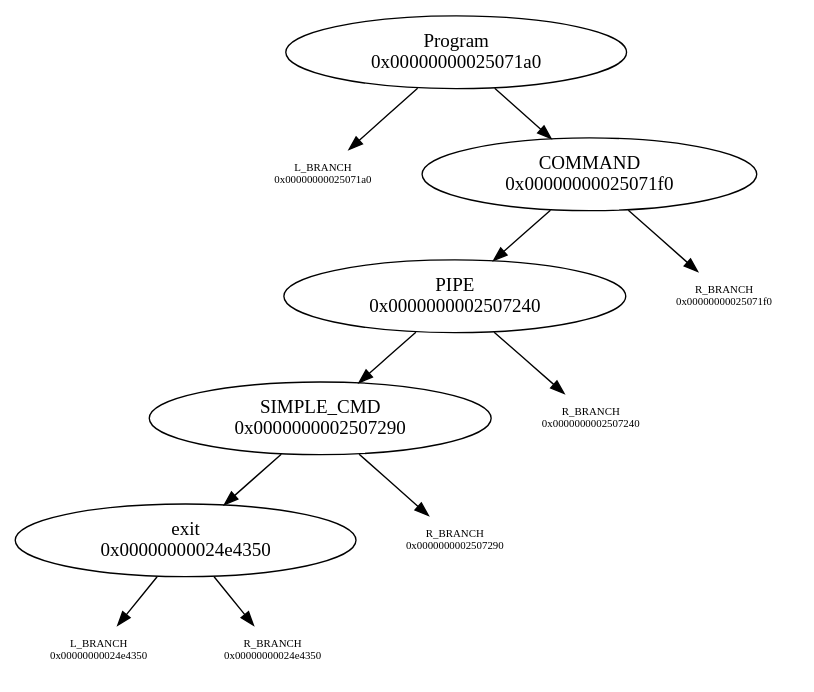
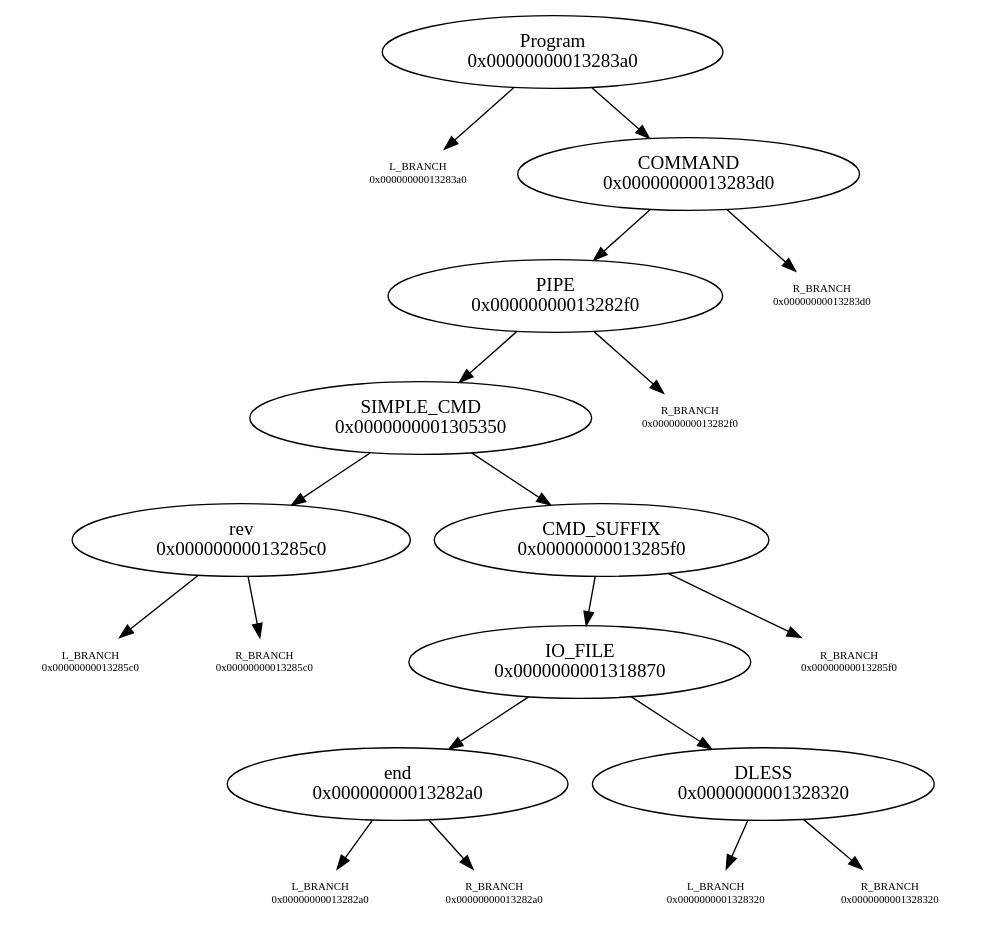
One commit to N-4-Nina/Minishell changed the diagram in graph.dot. Above: the diagram before and after it, drawn with Graphviz. The commit also changed 4 other files, not shown here.

```diff
--- a/graph.dot
+++ b/graph.dot
@@ -1,19 +1,31 @@
 digraph graphname {
-"Program\n0x00000000025071a0" -> "L_BRANCH\n0x00000000025071a0";
-"L_BRANCH\n0x00000000025071a0" [shape=none fontsize=8]
-"Program\n0x00000000025071a0" -> "COMMAND\n0x00000000025071f0";
-"COMMAND\n0x00000000025071f0" -> "PIPE\n0x0000000002507240";
-"COMMAND\n0x00000000025071f0" -> "R_BRANCH\n0x00000000025071f0";
-"R_BRANCH\n0x00000000025071f0" [shape=none fontsize=8]
-"PIPE\n0x0000000002507240" -> "SIMPLE_CMD\n0x0000000002507290";
-"PIPE\n0x0000000002507240" -> "R_BRANCH\n0x0000000002507240";
-"R_BRANCH\n0x0000000002507240" [shape=none fontsize=8]
-"SIMPLE_CMD\n0x0000000002507290" -> "exit\n0x00000000024e4350";
-"SIMPLE_CMD\n0x0000000002507290" -> "R_BRANCH\n0x0000000002507290";
-"R_BRANCH\n0x0000000002507290" [shape=none fontsize=8]
-"exit\n0x00000000024e4350" -> "L_BRANCH\n0x00000000024e4350";
-"L_BRANCH\n0x00000000024e4350" [shape=none fontsize=8]
-"exit\n0x00000000024e4350" -> "R_BRANCH\n0x00000000024e4350";
-"R_BRANCH\n0x00000000024e4350" [shape=none fontsize=8]
+"Program\n0x00000000013283a0" -> "L_BRANCH\n0x00000000013283a0";
+"L_BRANCH\n0x00000000013283a0" [shape=none fontsize=8]
+"Program\n0x00000000013283a0" -> "COMMAND\n0x00000000013283d0";
+"COMMAND\n0x00000000013283d0" -> "PIPE\n0x00000000013282f0";
+"COMMAND\n0x00000000013283d0" -> "R_BRANCH\n0x00000000013283d0";
+"R_BRANCH\n0x00000000013283d0" [shape=none fontsize=8]
+"PIPE\n0x00000000013282f0" -> "SIMPLE_CMD\n0x0000000001305350";
+"PIPE\n0x00000000013282f0" -> "R_BRANCH\n0x00000000013282f0";
+"R_BRANCH\n0x00000000013282f0" [shape=none fontsize=8]
+"SIMPLE_CMD\n0x0000000001305350" -> "rev\n0x00000000013285c0";
+"SIMPLE_CMD\n0x0000000001305350" -> "CMD_SUFFIX\n0x00000000013285f0";
+"rev\n0x00000000013285c0" -> "L_BRANCH\n0x00000000013285c0";
+"L_BRANCH\n0x00000000013285c0" [shape=none fontsize=8]
+"rev\n0x00000000013285c0" -> "R_BRANCH\n0x00000000013285c0";
+"R_BRANCH\n0x00000000013285c0" [shape=none fontsize=8]
+"CMD_SUFFIX\n0x00000000013285f0" -> "IO_FILE\n0x0000000001318870";
+"CMD_SUFFIX\n0x00000000013285f0" -> "R_BRANCH\n0x00000000013285f0";
+"R_BRANCH\n0x00000000013285f0" [shape=none fontsize=8]
+"IO_FILE\n0x0000000001318870" -> "end\n0x00000000013282a0";
+"IO_FILE\n0x0000000001318870" -> "DLESS\n0x0000000001328320";
+"end\n0x00000000013282a0" -> "L_BRANCH\n0x00000000013282a0";
+"L_BRANCH\n0x00000000013282a0" [shape=none fontsize=8]
+"end\n0x00000000013282a0" -> "R_BRANCH\n0x00000000013282a0";
+"R_BRANCH\n0x00000000013282a0" [shape=none fontsize=8]
+"DLESS\n0x0000000001328320" -> "L_BRANCH\n0x0000000001328320";
+"L_BRANCH\n0x0000000001328320" [shape=none fontsize=8]
+"DLESS\n0x0000000001328320" -> "R_BRANCH\n0x0000000001328320";
+"R_BRANCH\n0x0000000001328320" [shape=none fontsize=8]
 
 }
```
